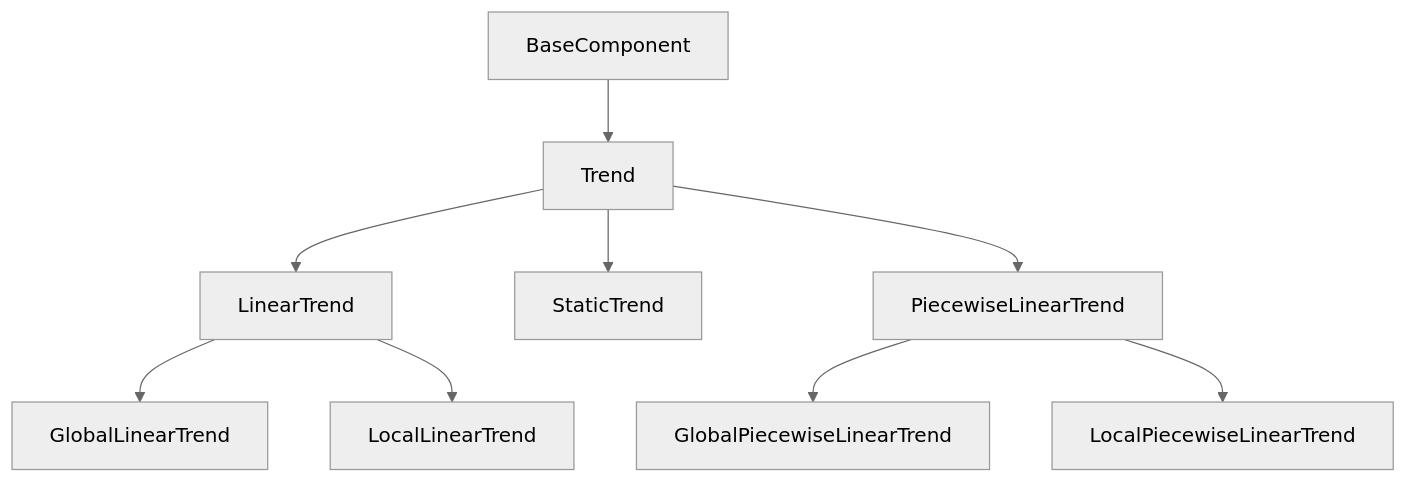
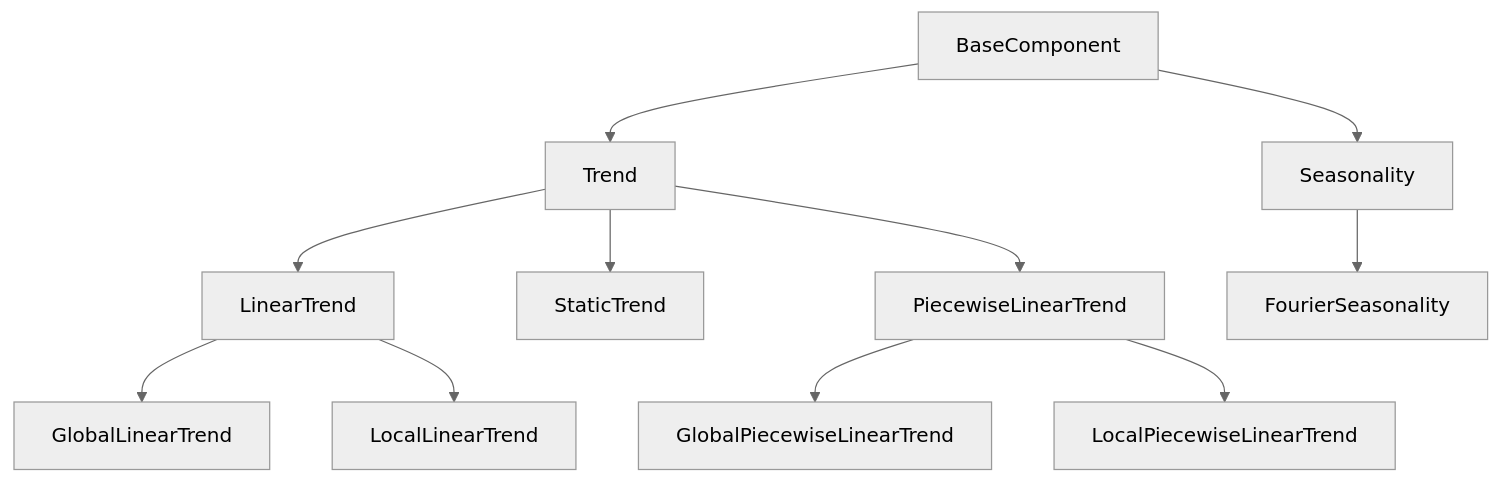
Before and after one commit to ourownstory/neural_prophet: the diagram in neuralprophet/components/README.md, drawn with Mermaid (neutral theme). The commit also changed 8 other files, not shown here.

````diff
--- a/neuralprophet/components/README.md
+++ b/neuralprophet/components/README.md
@@ -4,11 +4,13 @@
 ```mermaid
 flowchart TD
     BaseComponent --> Trend
     Trend --> LinearTrend
     LinearTrend --> GlobalLinearTrend
     LinearTrend --> LocalLinearTrend
     Trend --> StaticTrend
     Trend --> PiecewiseLinearTrend
     PiecewiseLinearTrend --> GlobalPiecewiseLinearTrend
     PiecewiseLinearTrend --> LocalPiecewiseLinearTrend
+    BaseComponent --> Seasonality
+    Seasonality --> FourierSeasonality
 ```
````
